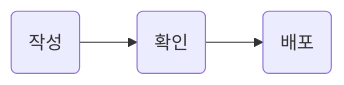
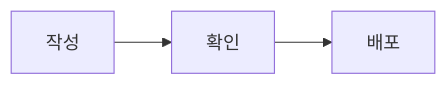
The diagram in content/public/writing.md (minu-ha/for-humanity), drawn with Mermaid before and after one commit. The commit also changed other lines of this file and 16 other files, not shown here.

````diff
--- a/content/public/writing.md
+++ b/content/public/writing.md
@@ -161,5 +140,5 @@
 ```mermaid
 flowchart LR
-    a("작성") --> b("확인")
-    b --> c("배포")
+    Draft[작성] --> Review[확인]
+    Review --> Publish[배포]
 ```
````
